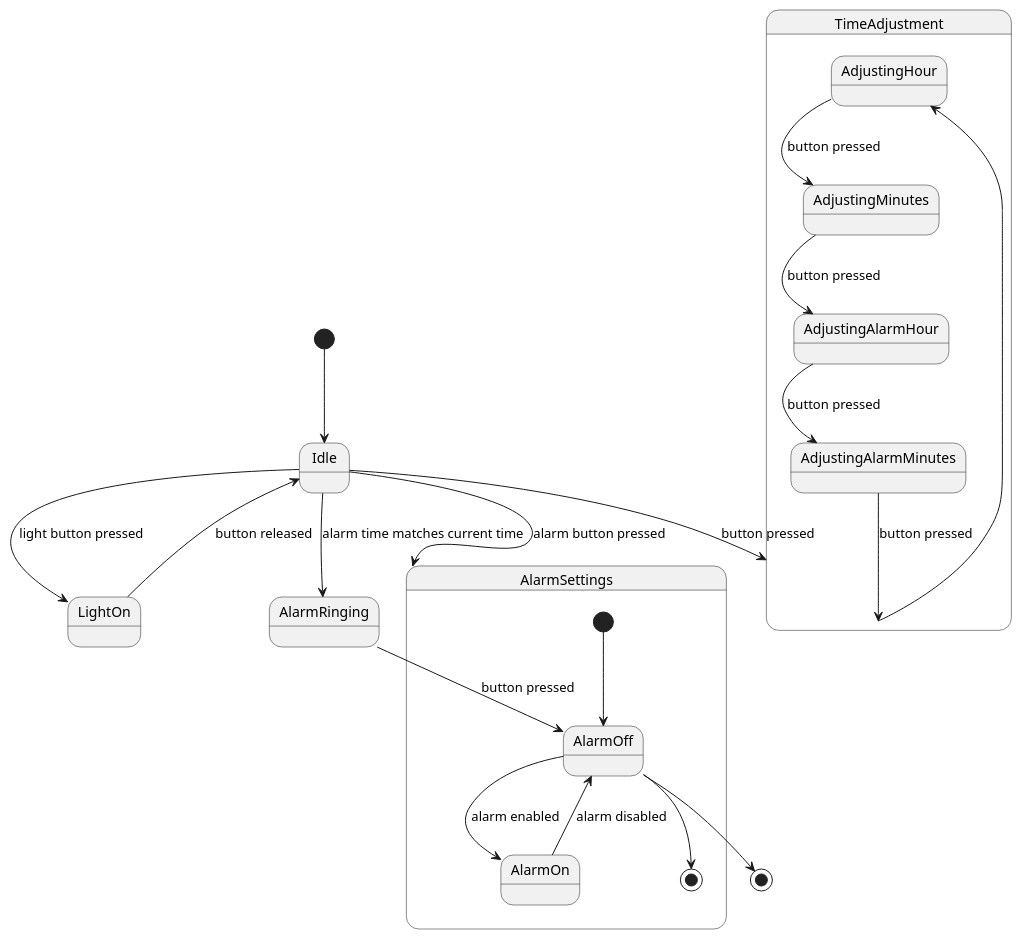
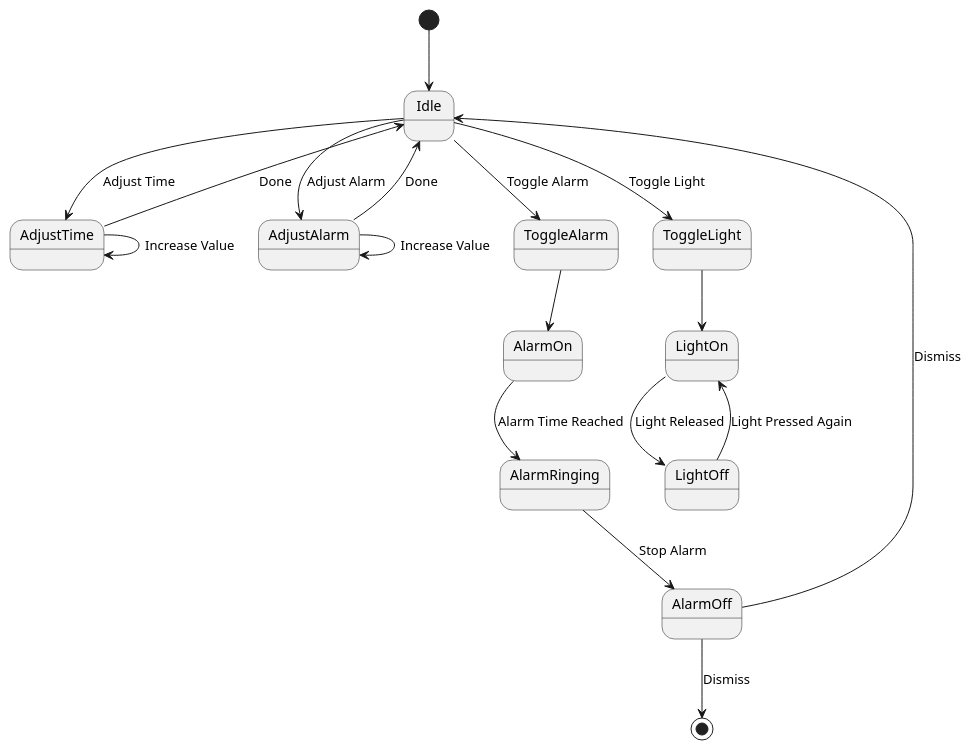
One commit to maimunafaria/State_transition_Diagram_generated_by_LLM changed the diagram in results/plantuml_pipeline/runs/open_source__deepseek_r1_14b__rag_validation_generator_critic_repair/case_46_digital_watch/run_01.repair_01.puml. Above: the diagram before and after it, drawn with PlantUML. The commit also changed 584 other files, not shown here.

```diff
--- a/results/plantuml_pipeline/runs/open_source__deepseek_r1_14b__rag_validation_generator_critic_repair/case_46_digital_watch/run_01.repair_01.puml
+++ b/results/plantuml_pipeline/runs/open_source__deepseek_r1_14b__rag_validation_generator_critic_repair/case_46_digital_watch/run_01.repair_01.puml
@@ -1,31 +1,25 @@
 @startuml
 [*] --> Idle
 
-Idle --> TimeAdjustment : button pressed
-Idle --> LightOn : light button pressed
-Idle --> AlarmSettings : alarm button pressed
-Idle --> AlarmRinging : alarm time matches current time
+Idle --> AdjustTime : Adjust Time
+Idle --> AdjustAlarm : Adjust Alarm
+Idle --> ToggleAlarm : Toggle Alarm
+Idle --> ToggleLight : Toggle Light
 
-state TimeAdjustment {
-    TimeAdjustment --> AdjustingHour
-    AdjustingHour --> AdjustingMinutes : button pressed
-    AdjustingMinutes --> AdjustingAlarmHour : button pressed
-    AdjustingAlarmHour --> AdjustingAlarmMinutes : button pressed
-    AdjustingAlarmMinutes --> TimeAdjustment : button pressed
-}
+AdjustTime --> Idle : Done
+AdjustTime --> AdjustTime : Increase Value
 
-state AlarmSettings {
-    [*] --> AlarmOff
-    AlarmOff --> AlarmOn : alarm enabled
-    AlarmOn --> AlarmOff : alarm disabled
-    AlarmOff --> [*]
-}
+AdjustAlarm --> Idle : Done
+AdjustAlarm --> AdjustAlarm : Increase Value
 
-state LightOn {
-    LightOn --> Idle : button released
-}
+ToggleAlarm --> AlarmOn
+AlarmOn --> AlarmRinging : Alarm Time Reached
+AlarmRinging --> AlarmOff : Stop Alarm
 
-AlarmRinging --> AlarmOff : button pressed
-AlarmOff --> [*]
+ToggleLight --> LightOn
+LightOn --> LightOff : Light Released
+LightOff --> LightOn : Light Pressed Again
 
+AlarmOff --> Idle : Dismiss
+AlarmOff --> [*] : Dismiss
 @enduml
```
